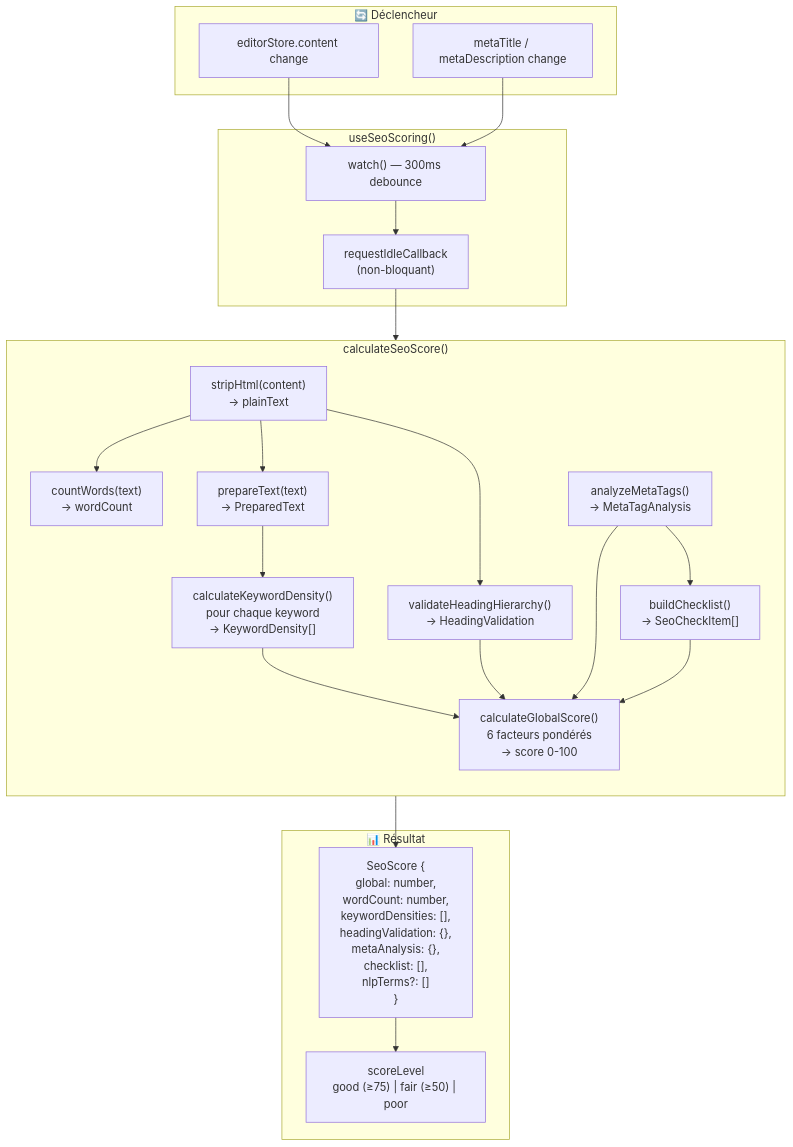
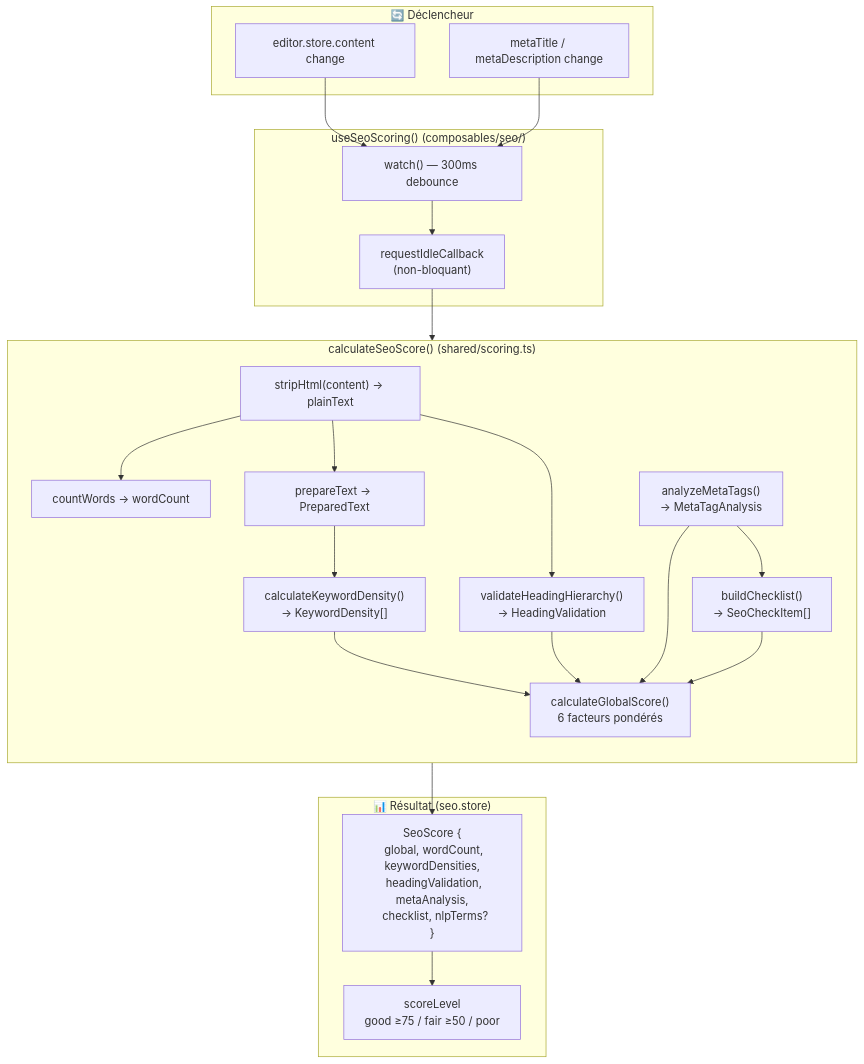
One commit to annubis-knight/Blog_Redactor_SEO changed diagram 15 of 24 in ARCHITECTURE_FLOWS.md. Above: the diagram before and after it, drawn with Mermaid. The commit also changed other lines of this file and 400 other files, not shown here.

````diff
--- a/ARCHITECTURE_FLOWS.md
+++ b/ARCHITECTURE_FLOWS.md
@@ -593,46 +674,45 @@
 ```mermaid
 graph TB
     subgraph Trigger["🔄 Déclencheur"]
-        CONTENT["editorStore.content change"]
+        CONTENT["editor.store.content change"]
         META["metaTitle / metaDescription change"]
     end
 
-    subgraph Composable["useSeoScoring()"]
+    subgraph Composable["useSeoScoring() (composables/seo/)"]
         WATCH["watch() — 300ms debounce"]
         IDLE["requestIdleCallback<br>(non-bloquant)"]
     end
 
-    subgraph Calculation["calculateSeoScore()"]
+    subgraph Calculation["calculateSeoScore() (shared/scoring.ts)"]
         direction TB
-        STRIP["stripHtml(content)<br>→ plainText"]
-        WORDS["countWords(text)<br>→ wordCount"]
-        PREPARE["prepareText(text)<br>→ PreparedText"]
-        DENSITY["calculateKeywordDensity()<br>pour chaque keyword<br>→ KeywordDensity[]"]
+        STRIP["stripHtml(content) → plainText"]
+        WORDS["countWords → wordCount"]
+        PREPARE["prepareText → PreparedText"]
+        DENSITY["calculateKeywordDensity()<br>→ KeywordDensity[]"]
         HEADINGS["validateHeadingHierarchy()<br>→ HeadingValidation"]
         META_ANAL["analyzeMetaTags()<br>→ MetaTagAnalysis"]
         CHECKLIST["buildChecklist()<br>→ SeoCheckItem[]"]
-        GLOBAL["calculateGlobalScore()<br>6 facteurs pondérés<br>→ score 0-100"]
+        GLOBAL["calculateGlobalScore()<br>6 facteurs pondérés"]
 
         STRIP --> WORDS
         STRIP --> PREPARE
         PREPARE --> DENSITY
         STRIP --> HEADINGS
         META_ANAL --> CHECKLIST
         DENSITY --> GLOBAL
         HEADINGS --> GLOBAL
         META_ANAL --> GLOBAL
         CHECKLIST --> GLOBAL
     end
 
-    subgraph Output["📊 Résultat"]
-        SCORE["SeoScore {<br>  global: number,<br>  wordCount: number,<br>  keywordDensities: [],<br>  headingValidation: {},<br>  metaAnalysis: {},<br>  checklist: [],<br>  nlpTerms?: []<br>}"]
-        LEVEL["scoreLevel<br>good (≥75) | fair (≥50) | poor"]
+    subgraph Output["📊 Résultat (seo.store)"]
+        SCORE["SeoScore {<br>  global, wordCount, keywordDensities,<br>  headingValidation, metaAnalysis,<br>  checklist, nlpTerms?<br>}"]
+        LEVEL["scoreLevel<br>good ≥75 / fair ≥50 / poor"]
     end
 
     CONTENT --> WATCH
     META --> WATCH
     WATCH --> IDLE
     IDLE --> STRIP
-    GLOBAL --> SCORE
-    SCORE --> LEVEL
+    GLOBAL --> SCORE --> LEVEL
 ```
````
